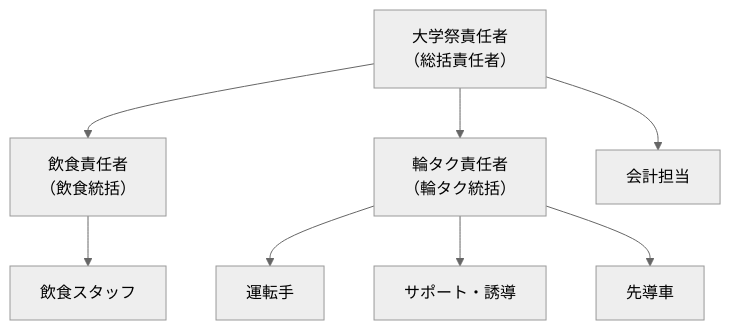
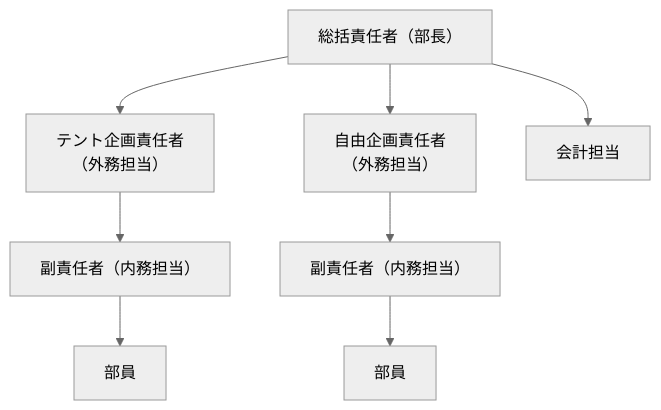
One commit to take-bikes/docs changed the diagram in introduction/organization.mdx. Above: the diagram before and after it, drawn with Mermaid (neutral theme). The commit also changed other lines of this file and 2 other files, not shown here.

Commit message:
組織図を作成

````diff
--- a/introduction/organization.mdx
+++ b/introduction/organization.mdx
@@ -18,11 +18,12 @@
 ```mermaid
 graph TD
-    A[大学祭責任者<br>（総括責任者）] --> B[飲食責任者<br>（飲食統括）]
-    A --> C[輪タク責任者<br>（輪タク統括）]
+    A[総括責任者（部長）] --> B[テント企画責任者<br>（外務担当）]
+    A --> C[自由企画責任者<br>（外務担当）]
     A --> D[会計担当]
 
-    B --> B1[飲食スタッフ]
-    C --> C1[運転手]
-    C --> C2[サポート・誘導]
-    C --> C3[先導車]
+    B --> B1[副責任者（内務担当）]
+    C --> C1[副責任者（内務担当）]
+
+    B1 --> B1-1[部員]
+    C1 --> C1-1[部員]
 ```
````
